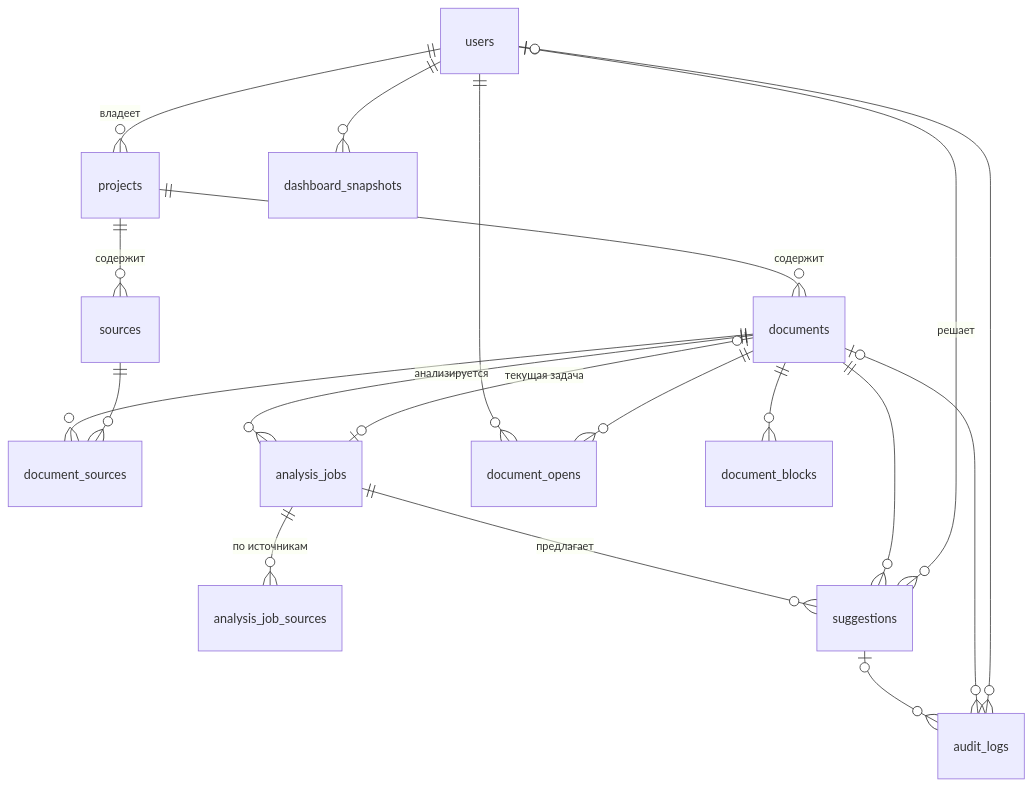
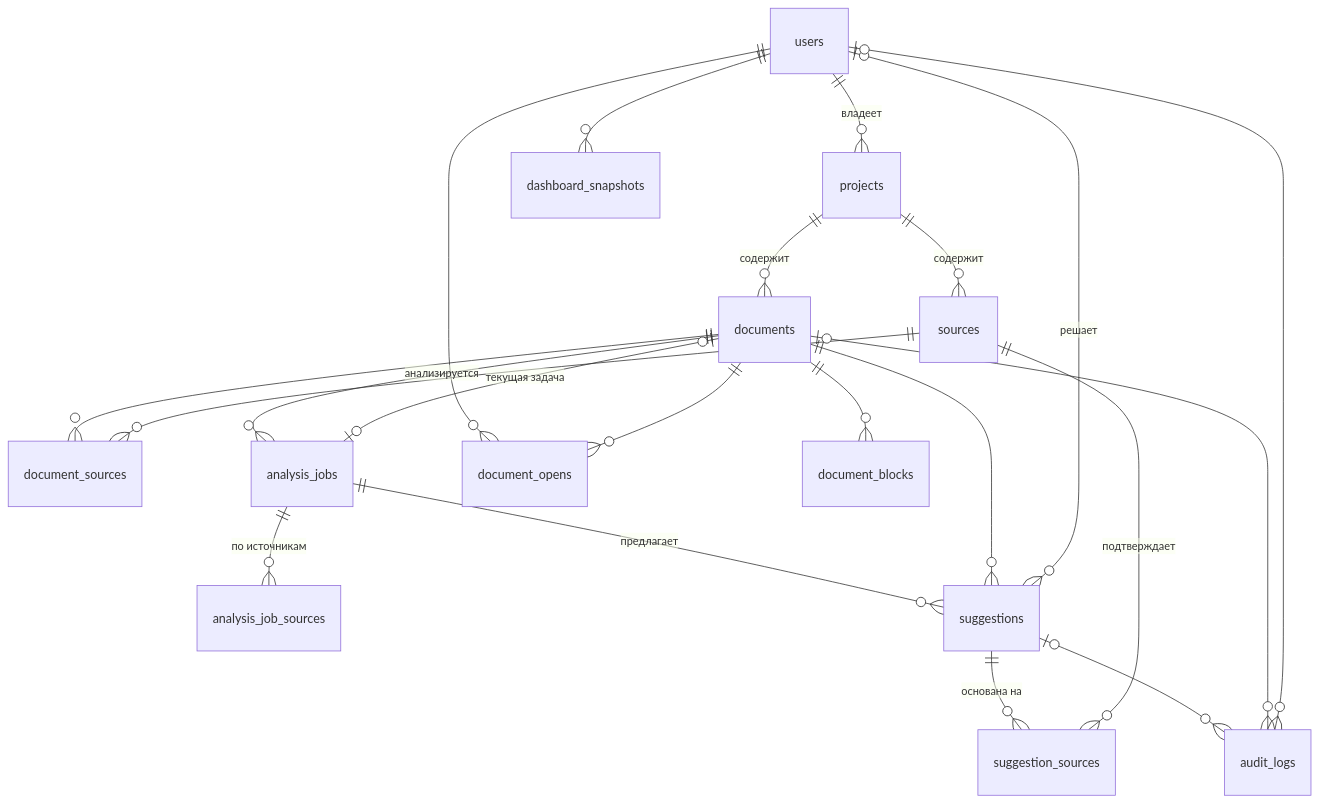
The diagram in docs/db/SCHEMA.md (DITLEKS/SyncBack), drawn with Mermaid before and after one commit. The commit also changed other lines of this file and 4 other files, not shown here.

````diff
--- a/docs/db/SCHEMA.md
+++ b/docs/db/SCHEMA.md
@@ -9,21 +9,23 @@
 ```mermaid
 erDiagram
     users ||--o{ projects : "владеет"
     projects ||--o{ documents : "содержит"
     projects ||--o{ sources : "содержит"
     documents ||--o{ document_sources : ""
     sources ||--o{ document_sources : ""
     documents ||--o{ analysis_jobs : "анализируется"
     documents |o--o| analysis_jobs : "текущая задача"
     analysis_jobs ||--o{ analysis_job_sources : "по источникам"
     analysis_jobs ||--o{ suggestions : "предлагает"
     documents ||--o{ suggestions : ""
+    suggestions ||--o{ suggestion_sources : "основана на"
+    sources ||--o{ suggestion_sources : "подтверждает"
     users |o--o{ suggestions : "решает"
     suggestions |o--o{ audit_logs : ""
     documents |o--o{ audit_logs : ""
     users |o--o{ audit_logs : ""
     users ||--o{ document_opens : ""
     documents ||--o{ document_opens : ""
     users ||--o{ dashboard_snapshots : ""
     documents ||--o{ document_blocks : ""
 ```
````
